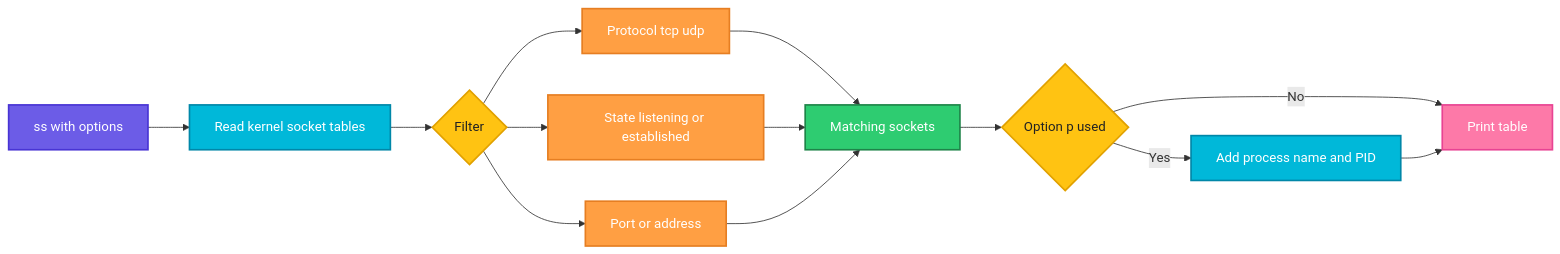
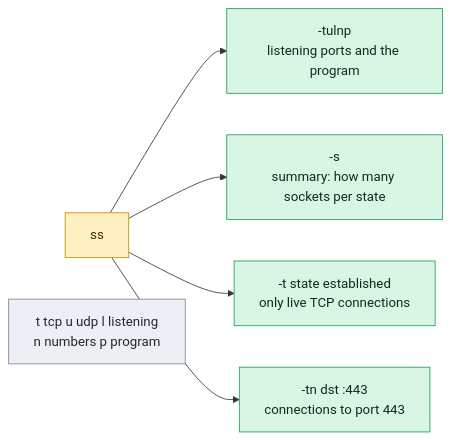
Before and after one commit to codeKerdosTech/DevOps-Documentation: the diagram in linux/networking/ss.md, drawn with Mermaid. The commit also changed other lines of this file and 165 other files, not shown here.

Commit message:
updated diagrams in linux

````diff
--- a/linux/networking/ss.md
+++ b/linux/networking/ss.md
@@ -14,29 +14,16 @@
 ```mermaid
 flowchart LR
-    A[ss with options] --> B[Read kernel socket tables]
-    B --> C{Filter}
-    C --> D[Protocol tcp udp]
-    C --> E[State listening or established]
-    C --> F[Port or address]
-    D --> G[Matching sockets]
-    E --> G
-    F --> G
-    G --> H{Option p used}
-    H -->|Yes| I[Add process name and PID]
-    H -->|No| J[Print table]
-    I --> J
-    classDef start fill:#6C5CE7,stroke:#4834D4,stroke-width:2px,color:#fff
-    classDef proc fill:#00B8D9,stroke:#0087A8,stroke-width:2px,color:#fff
-    classDef dec fill:#FFC312,stroke:#E1A100,stroke-width:2px,color:#222
-    classDef ok fill:#2ECC71,stroke:#1E8449,stroke-width:2px,color:#fff
-    classDef err fill:#FF4757,stroke:#C0392B,stroke-width:2px,color:#fff
-    classDef out fill:#FD79A8,stroke:#E84393,stroke-width:2px,color:#fff
-    classDef alt fill:#FF9F43,stroke:#E67E22,stroke-width:2px,color:#fff
-    class A start
-    class B proc
-    class C,H dec
-    class D,E,F alt
-    class G ok
-    class I proc
-    class J out
+    c1[ss] --> o1[-tulnp<br/>listening ports and the program]
+    c1 --> o2[-s<br/>summary: how many sockets per state]
+    c1 --> o3[-t state established<br/>only live TCP connections]
+    c1 --> o4[-tn dst :443<br/>connections to port 443]
+    n1[t tcp   u udp   l listening<br/>n numbers   p program]
+    classDef inp fill:#DCEBFF,stroke:#2F6FDE,color:#10213F
+    classDef cmd fill:#FFF0C2,stroke:#C98A00,color:#3A2A00
+    classDef out fill:#D9F5E3,stroke:#1F9D55,color:#0B2E1A
+    classDef bad fill:#FDE0E0,stroke:#D13B3B,color:#4A0F0F
+    classDef note fill:#ECEFF3,stroke:#7B8794,color:#1F2933
+    class c1 cmd
+    class o1,o2,o3,o4 out
+    class n1 note
 ```
````
